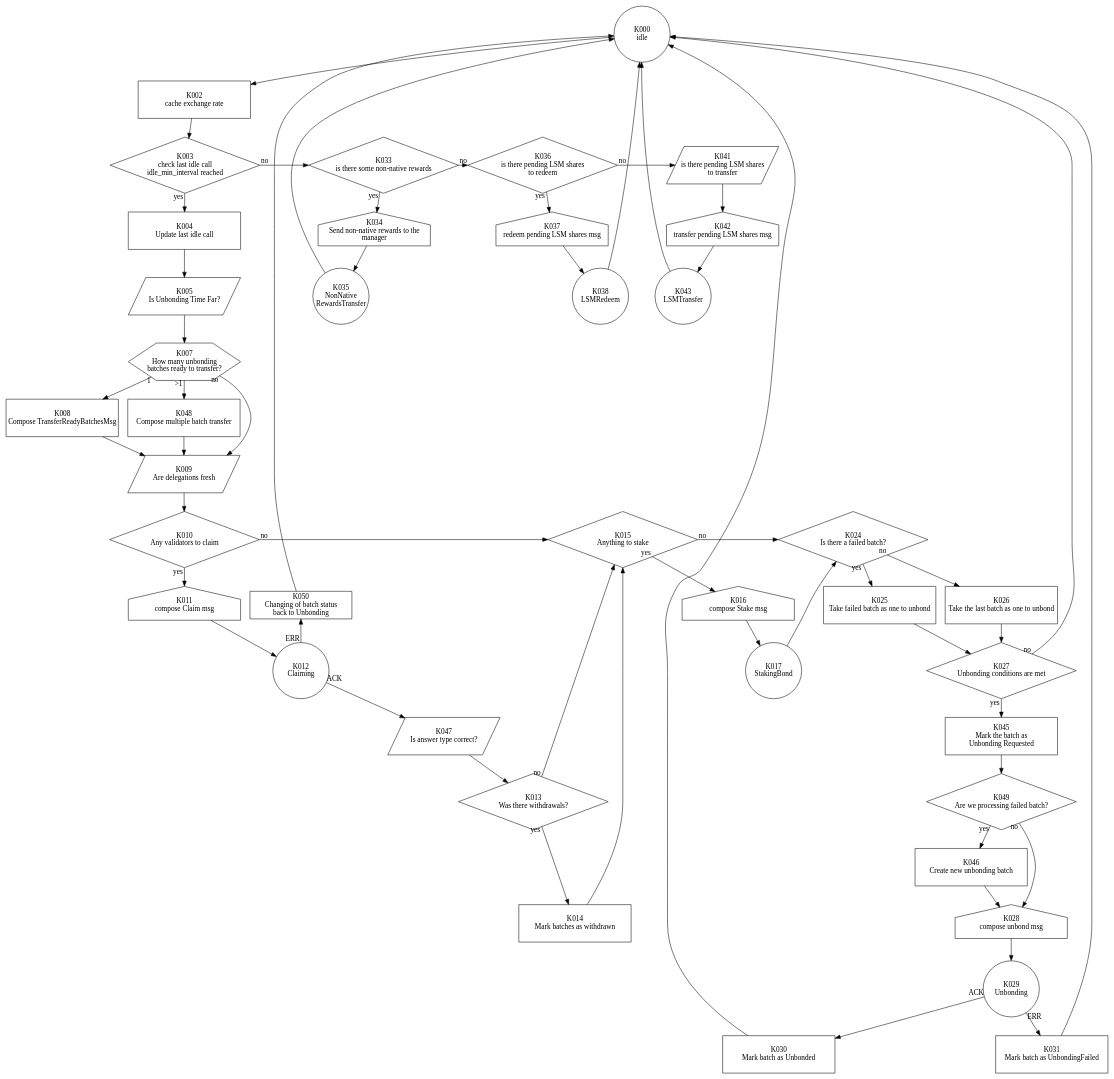
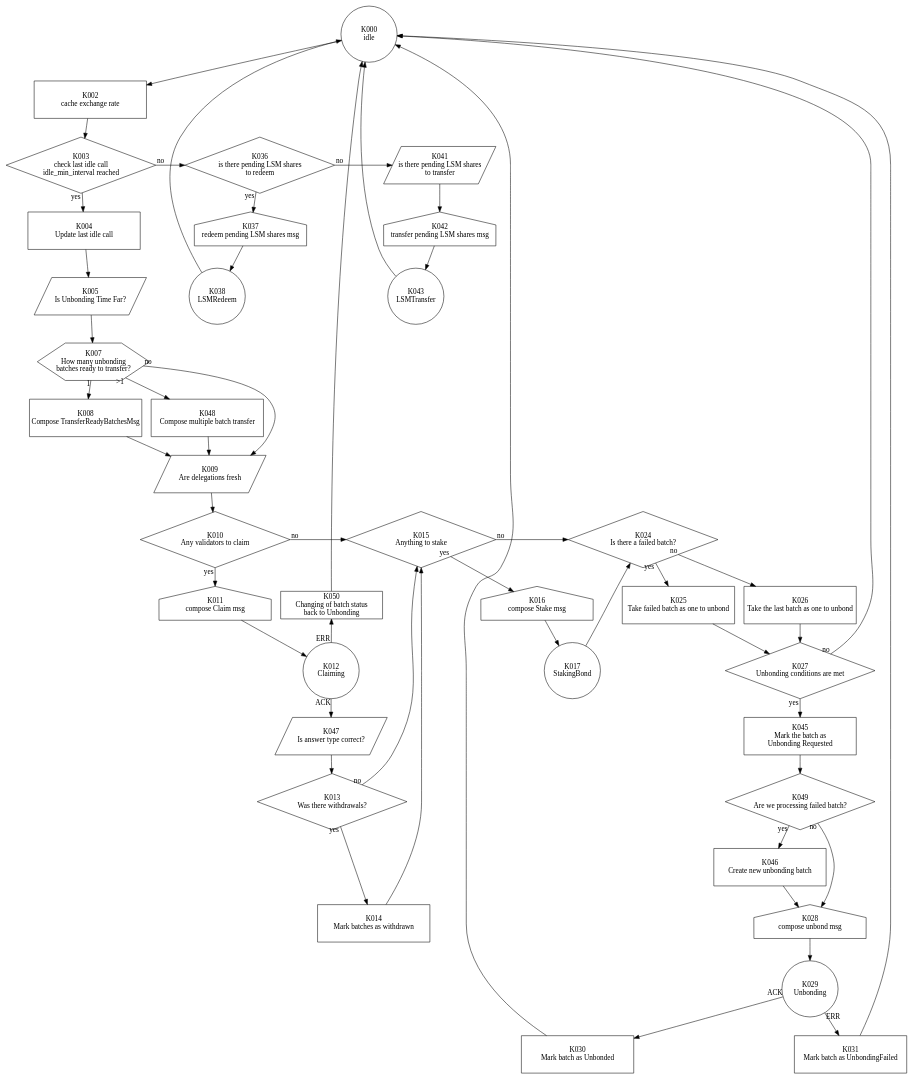
The diagram in graph.gv (hadronlabs-org/drop-contracts), drawn with Graphviz before and after one commit. The commit also changed 11 other files, not shown here.

Commit message:
feat: delete non-native rewards logic

```diff
--- a/graph.gv
+++ b/graph.gv
@@ -1,176 +1,169 @@
 digraph G {
     layout = dot;
     rankdir = TB;
     
     subgraph {
         rank = same;
         K000 [label = "K000\nidle";shape = circle;fixedsize = true;width = 1.5;height = 1.5;];
     }
     
     subgraph {
         rank = same;
         K002 [label = "K002\ncache exchange rate";shape = box;fixedsize = true;width = 3;height = 1;];
     }
     
     subgraph {
         rank = same;
         K003 [label = "K003\ncheck last idle call\nidle_min_interval reached";shape = diamond;fixedsize = true;width = 4;height = 1.5;];
-        K033 [label = "K033\nis there some non-native rewards";shape = diamond;fixedsize = true;width = 4;height = 1.5;];
         K036 [label = "K036\nis there pending LSM shares\nto redeem";shape = diamond;fixedsize = true;width = 4;height = 1.5;];
         K041 [label = "K041\nis there pending LSM shares\nto transfer";shape = polygon;sides = 4;skew = .4;fixedsize = true;width = 3;height = 1;];
     }
     
     subgraph {
         rank = same;
         K004 [label = "K004\nUpdate last idle call";shape = box;fixedsize = true;width = 3;height = 1;];
-        K034 [label = "K034\nSend non-native rewards to the\nmanager";shape = house;fixedsize = true;width = 3;height = 1;];
         K037 [label = "K037\nredeem pending LSM shares msg";shape = house;fixedsize = true;width = 3;height = 1;];
         K042 [label = "K042\ntransfer pending LSM shares msg";shape = house;fixedsize = true;width = 3;height = 1;];
     }
     
     subgraph {
         rank = same;
         K005 [label = "K005\nIs Unbonding Time Far?";shape = polygon;sides = 4;skew = .4;fixedsize = true;width = 3;height = 1;];
-        K035 [label = "K035\nNonNative\nRewardsTransfer";shape = circle;fixedsize = true;width = 1.5;height = 1.5;];
         K038 [label = "K038\nLSMRedeem";shape = circle;fixedsize = true;width = 1.5;height = 1.5;];
         K043 [label = "K043\nLSMTransfer";shape = circle;fixedsize = true;width = 1.5;height = 1.5;];
     }
     
     subgraph {
         rank = same;
         K007 [label = "K007\nHow many unbonding\nbatches ready to transfer?";shape = hexagon;fixedsize = true;width = 3;height = 1;];
     }
     
     subgraph {
         rank = same;
         K008 [label = "K008\nCompose TransferReadyBatchesMsg";shape = box;fixedsize = true;width = 3;height = 1;];
         K048 [label = "K048\nCompose multiple batch transfer";shape = box;fixedsize = true;width = 3;height = 1;];
     }
     
     subgraph {
         rank = same;
         K009 [label = "K009\nAre delegations fresh";shape = polygon;sides = 4;skew = .4;fixedsize = true;width = 3;height = 1;];
     }
     
     subgraph {
         rank = same;
         K010 [label = "K010\nAny validators to claim";shape = diamond;fixedsize = true;width = 4;height = 1.5;];
         K015 [label = "K015\nAnything to stake";shape = diamond;fixedsize = true;width = 4;height = 1.5;];
         K024 [label = "K024\nIs there a failed batch?";shape = diamond;fixedsize = true;width = 4;height = 1.5;];
     }
     
     subgraph {
         rank = same;
         K011 [label = "K011\ncompose Claim msg";shape = house;fixedsize = true;width = 3;height = 1;];
         K016 [label = "K016\ncompose Stake msg";shape = house;fixedsize = true;width = 3;height = 1;];
         K025 [label = "K025\nTake failed batch as one to unbond";shape = box;fixedsize = true;width = 3;height = 1;];
         K026 [label = "K026\nTake the last batch as one to unbond";shape = box;fixedsize = true;width = 3;height = 1;];
         K050 [label = "K050\nChanging of batch status\nback to Unbonding";shape = box;];
     }
     
     subgraph {
         rank = same;
         K012 [label = "K012\nClaiming";shape = circle;fixedsize = true;width = 1.5;height = 1.5;];
         K017 [label = "K017\nStakingBond";shape = circle;fixedsize = true;width = 1.5;height = 1.5;];
         K027 [label = "K027\nUnbonding conditions are met";shape = diamond;fixedsize = true;width = 4;height = 1.5;];
     }
     
     subgraph {
         rank = same;
         K047 [label = "K047\nIs answer type correct?";shape = polygon;sides = 4;skew = .4;fixedsize = true;width = 3;height = 1;];
         K045 [label = "K045\nMark the batch as\nUnbonding Requested";shape = box;fixedsize = true;width = 3;height = 1;];
     }
     
     subgraph {
         K046 [label = "K046\nCreate new unbonding batch";shape = box;fixedsize = true;width = 3;height = 1;];
         K013 [label = "K013\nWas there withdrawals?";shape = diamond;fixedsize = true;width = 4;height = 1.5;];
         K049 [label = "K049\nAre we processing failed batch?";shape = diamond;fixedsize = true;width = 4;height = 1.5;];
     }
     
     subgraph {
         rank = same;
         K014 [label = "K014\nMark batches as withdrawn";shape = box;fixedsize = true;width = 3;height = 1;];
         K028 [label = "K028\ncompose unbond msg";shape = house;fixedsize = true;width = 3;height = 1;];
     }
     
     subgraph {
         rank = same;
         K029 [label = "K029\nUnbonding";shape = circle;fixedsize = true;width = 1.5;height = 1.5;];
     }
     
     subgraph {
         rank = same;
         
         K030 [label = "K030\nMark batch as Unbonded";shape = box;fixedsize = true;width = 3;height = 1;];
         K031 [label = "K031\nMark batch as UnbondingFailed";shape = box;fixedsize = true;width = 3;height = 1;];
     }
     
     K000 -> K002;
     K002 -> K003;
-    K003 -> K033 [taillabel = "no";];
+    K003 -> K036 [taillabel = "no";];
     
-    K033 -> K034 [taillabel = "yes";];
-    K034 -> K035;
-    K033 -> K036 [taillabel = "no";];
     K036 -> K037 [taillabel = "yes";];
     K037 -> K038;
     K036 -> K041 [taillabel = "no";];
     K041 -> K042;
     K042 -> K043;
     
     K003 -> K004 [taillabel = "yes";];
     K004 -> K005;
     K005 -> K007;
     
     K007 -> K008 [taillabel = "1";];
     K007 -> K048 [taillabel = ">1";];
     K007 -> K009 [taillabel = "no";];
     
     K008 -> K009;
     K048 -> K009;
     
     K009 -> K010;
     K010 -> K015 [taillabel = "no";];
     
     K015 -> K016 [taillabel = "yes";];
     K016 -> K017;
     
     K015 -> K024 [taillabel = "no";];
     
     K024 -> K025 [taillabel = "yes";];
     K028 -> K029;
     
     K024 -> K026 [taillabel = "no";];
     K010 -> K011 [taillabel = "yes";];
     K011 -> K012;
     
     K038 -> K000;
     K043 -> K000;
-    K035 -> K000;
     
     K013 -> K014 [taillabel = "yes";];
     K013 -> K015 [taillabel = "no";];
     
     K012 -> K047 [taillabel = "ACK";];
     K012 -> K050 [taillabel = "ERR";];
     K050 -> K000;
     K047 -> K013;
     K014 -> K015;
     
     K017 -> K024;
     
     K029 -> K030 [taillabel = "ACK";];
     K029 -> K031 [taillabel = "ERR";];
     
     K030 -> K000;
     K031 -> K000;
     K025 -> K027;
     K026 -> K027;
     
     K027 -> K045 [taillabel = "yes";];
     K027 -> K000 [taillabel = "no";];
     K045 -> K049;
     K049 -> K046 [taillabel = "yes";];
     K049 -> K028 [taillabel = "no";];
     K046 -> K028;
 }
```
